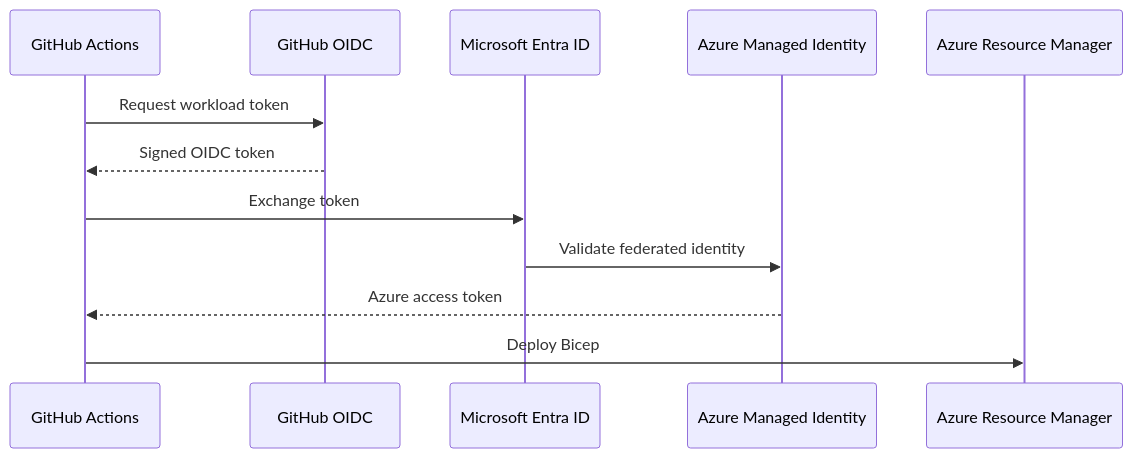
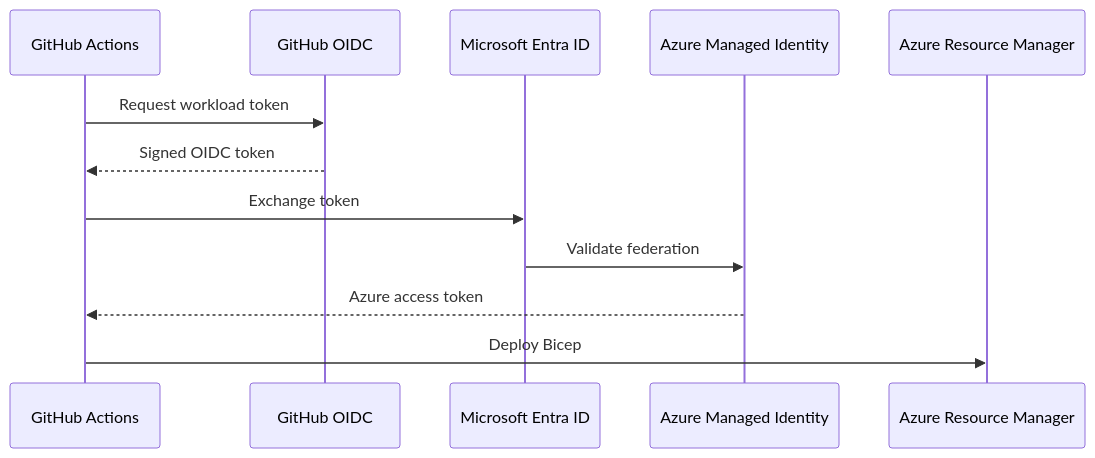
The second of 5 diagrams in infra/ReadMe.md (danielmusselwhite/IncidentIQ), drawn with Mermaid before and after one commit. The commit also changed other lines of this file and 31 other files, not shown here.

````diff
--- a/infra/ReadMe.md
+++ b/infra/ReadMe.md
@@ -90,15 +103,15 @@
 ```mermaid
 sequenceDiagram
     participant GH as GitHub Actions
     participant OIDC as GitHub OIDC
     participant Entra as Microsoft Entra ID
     participant MI as Azure Managed Identity
     participant Azure as Azure Resource Manager
 
     GH->>OIDC: Request workload token
     OIDC-->>GH: Signed OIDC token
     GH->>Entra: Exchange token
-    Entra->>MI: Validate federated identity
+    Entra->>MI: Validate federation
     MI-->>GH: Azure access token
     GH->>Azure: Deploy Bicep
 ```
````
